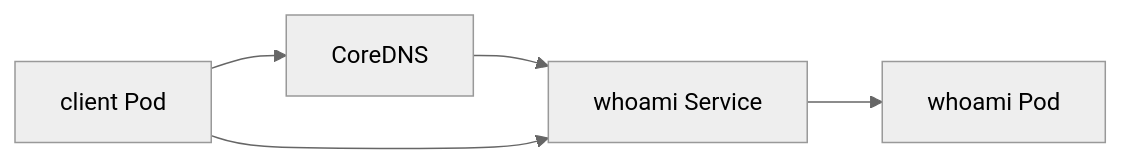
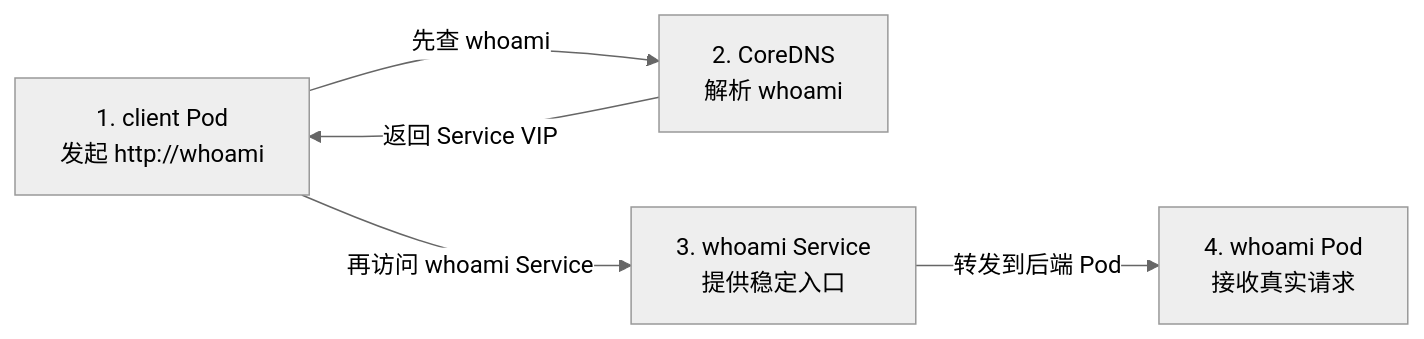
Before and after one commit to hwang-protocol/docker_k8s_2026: the first of 2 diagrams in k8s/02-cloud-native-networking/docs/04_service_discovery.md, drawn with Mermaid (neutral theme). The commit also changed other lines of this file, not shown here.

````diff
--- a/k8s/02-cloud-native-networking/docs/04_service_discovery.md
+++ b/k8s/02-cloud-native-networking/docs/04_service_discovery.md
@@ -42,12 +34,12 @@
 ```mermaid
 flowchart LR
-  client[client Pod]
-  dns[CoreDNS]
-  svc[whoami Service]
-  pod[whoami Pod]
+  client["1. client Pod<br/>发起 http://whoami"]
+  dns["2. CoreDNS<br/>解析 whoami"]
+  svc["3. whoami Service<br/>提供稳定入口"]
+  pod["4. whoami Pod<br/>接收真实请求"]
 
-  client --> dns
-  dns --> svc
-  client --> svc
-  svc --> pod
+  client -->|先查 whoami| dns
+  dns -->|返回 Service VIP| client
+  client -->|再访问 whoami Service| svc
+  svc -->|转发到后端 Pod| pod
 ```
````
